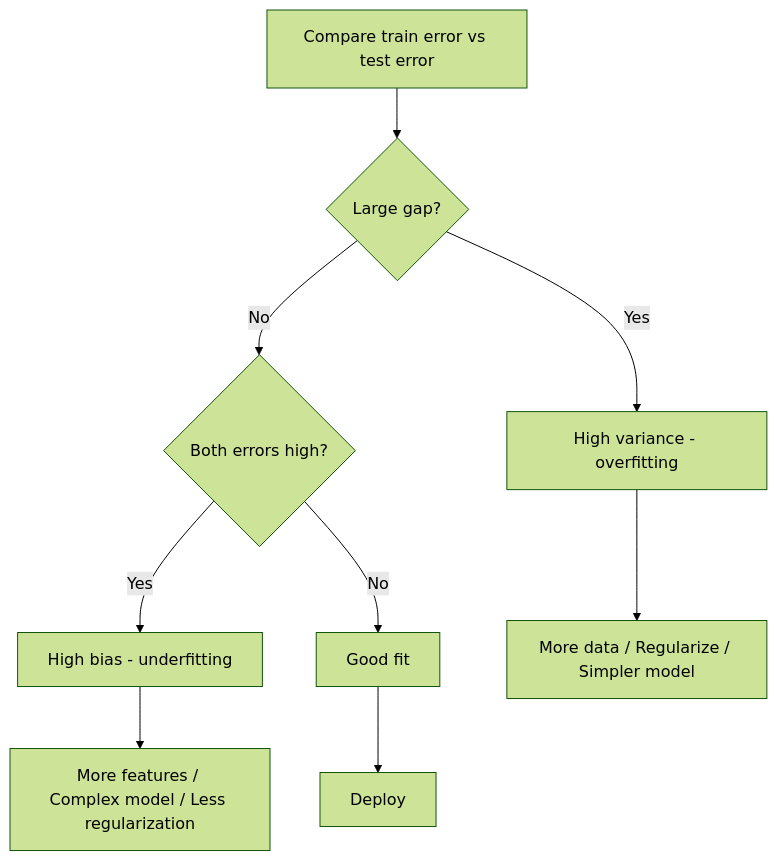
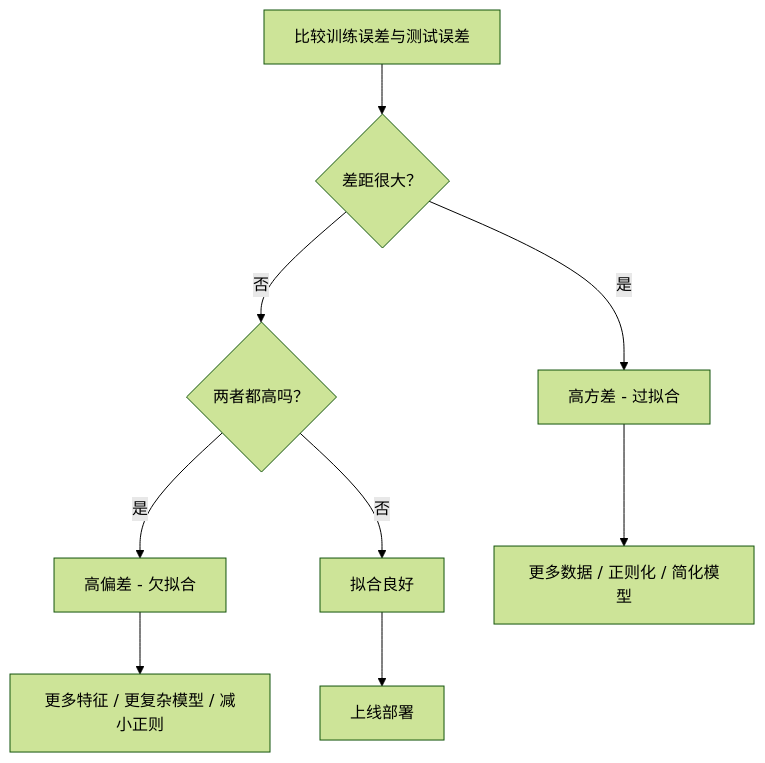
Before and after one commit to omigaZen/ai-engineering-from-scratch: the third of 5 diagrams in phases/02-ml-fundamentals/10-bias-variance/docs/zh.md, drawn with Mermaid (forest theme). The commit also changed other lines of this file, not shown here.

````diff
--- a/phases/02-ml-fundamentals/10-bias-variance/docs/zh.md
+++ b/phases/02-ml-fundamentals/10-bias-variance/docs/zh.md
@@ -162,12 +143,12 @@
 ```mermaid
 flowchart TD
-    A[Compare train error vs test error] --> B{Large gap?}
-    B -->|Yes| C[High variance - overfitting]
-    B -->|No| D{Both errors high?}
-    D -->|Yes| E[High bias - underfitting]
-    D -->|No| F[Good fit]
+    A[比较训练误差与测试误差] --> B{差距很大？}
+    B -->|是| C[高方差 - 过拟合]
+    B -->|否| D{两者都高吗？}
+    D -->|是| E[高偏差 - 欠拟合]
+    D -->|否| F[拟合良好]
 
-    C --> G[More data / Regularize / Simpler model]
-    E --> H[More features / Complex model / Less regularization]
-    F --> I[Deploy]
+    C --> G[更多数据 / 正则化 / 简化模型]
+    E --> H[更多特征 / 更复杂模型 / 减小正则]
+    F --> I[上线部署]
 ```
````
